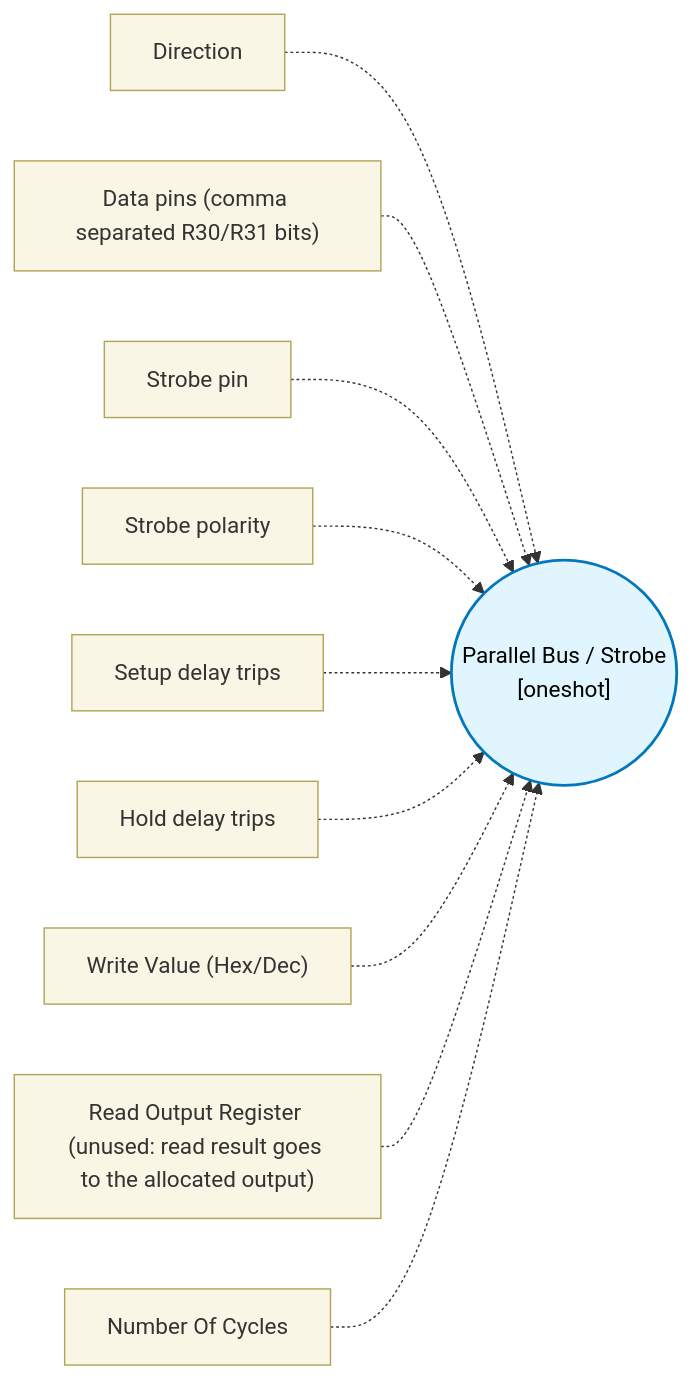
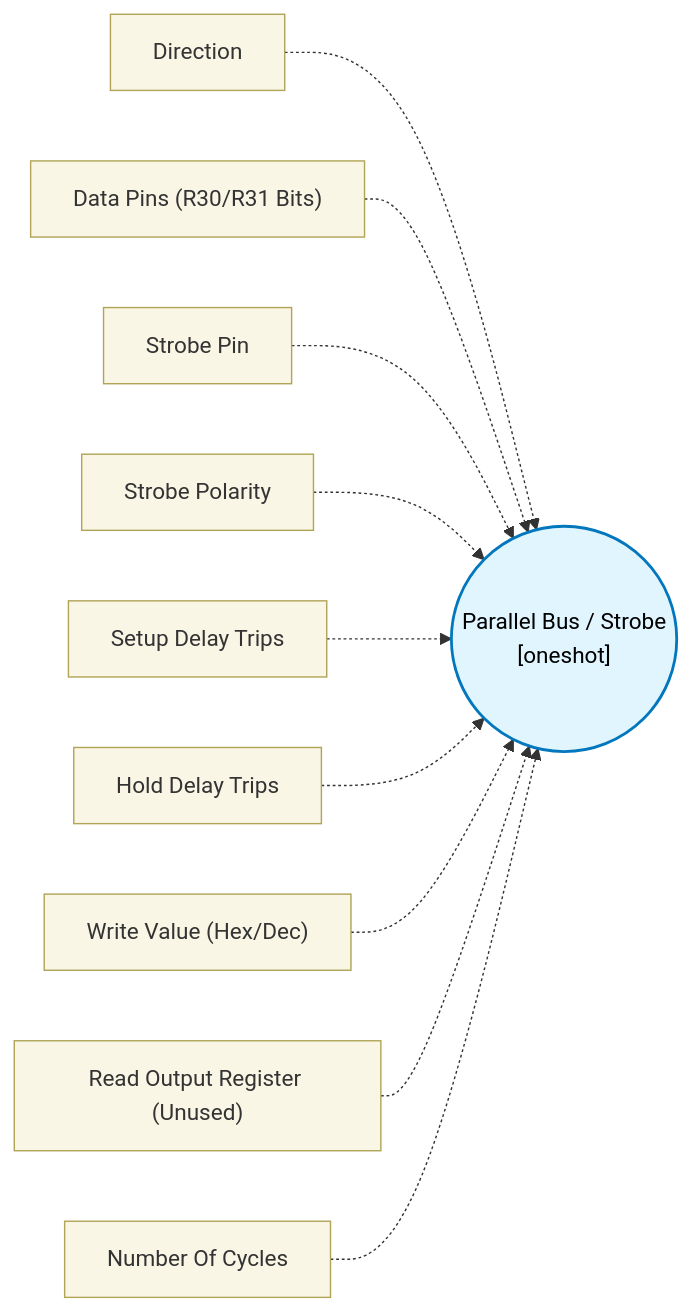
Before and after one commit to TexasInstruments/pru-no-code-tool: the diagram in docs/block-reference/blocks/parallel_bus_block/design.md, drawn with Mermaid. The commit also changed other lines of this file and 89 other files, not shown here.

````diff
--- a/docs/block-reference/blocks/parallel_bus_block/design.md
+++ b/docs/block-reference/blocks/parallel_bus_block/design.md
@@ -11,15 +11,15 @@
 ```mermaid
 flowchart LR
   classDef config fill:#f9f6e5,stroke:#b1a457,stroke-width:1px,color:#333;
   classDef core fill:#e1f5fe,stroke:#0277bd,stroke-width:2px,color:#000;
   CORE(("Parallel Bus / Strobe\n[oneshot]")):::core
   CFG0["Direction"]:::config -.-> CORE
-  CFG1["Data pins (comma separated R30/R31 bits)"]:::config -.-> CORE
-  CFG2["Strobe pin"]:::config -.-> CORE
-  CFG3["Strobe polarity"]:::config -.-> CORE
-  CFG4["Setup delay trips"]:::config -.-> CORE
-  CFG5["Hold delay trips"]:::config -.-> CORE
+  CFG1["Data Pins (R30/R31 Bits)"]:::config -.-> CORE
+  CFG2["Strobe Pin"]:::config -.-> CORE
+  CFG3["Strobe Polarity"]:::config -.-> CORE
+  CFG4["Setup Delay Trips"]:::config -.-> CORE
+  CFG5["Hold Delay Trips"]:::config -.-> CORE
   CFG6["Write Value (Hex/Dec)"]:::config -.-> CORE
-  CFG7["Read Output Register (unused: read result goes to the allocated output)"]:::config -.-> CORE
+  CFG7["Read Output Register (Unused)"]:::config -.-> CORE
   CFG8["Number Of Cycles"]:::config -.-> CORE
 ```
````
